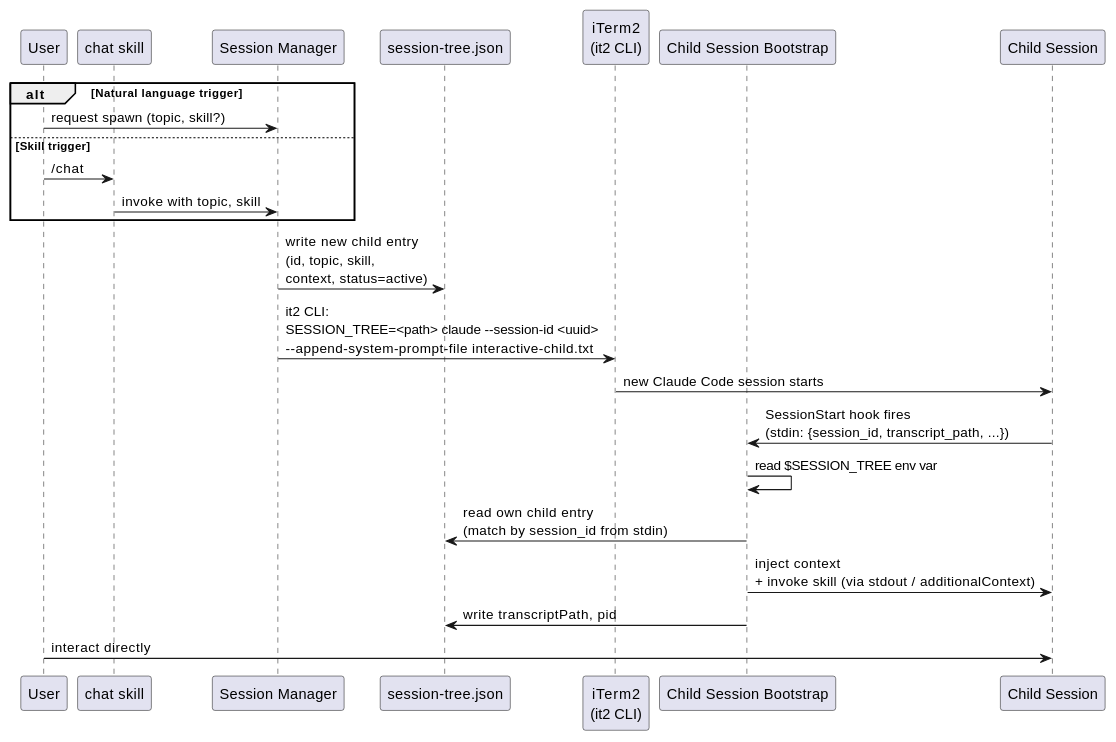
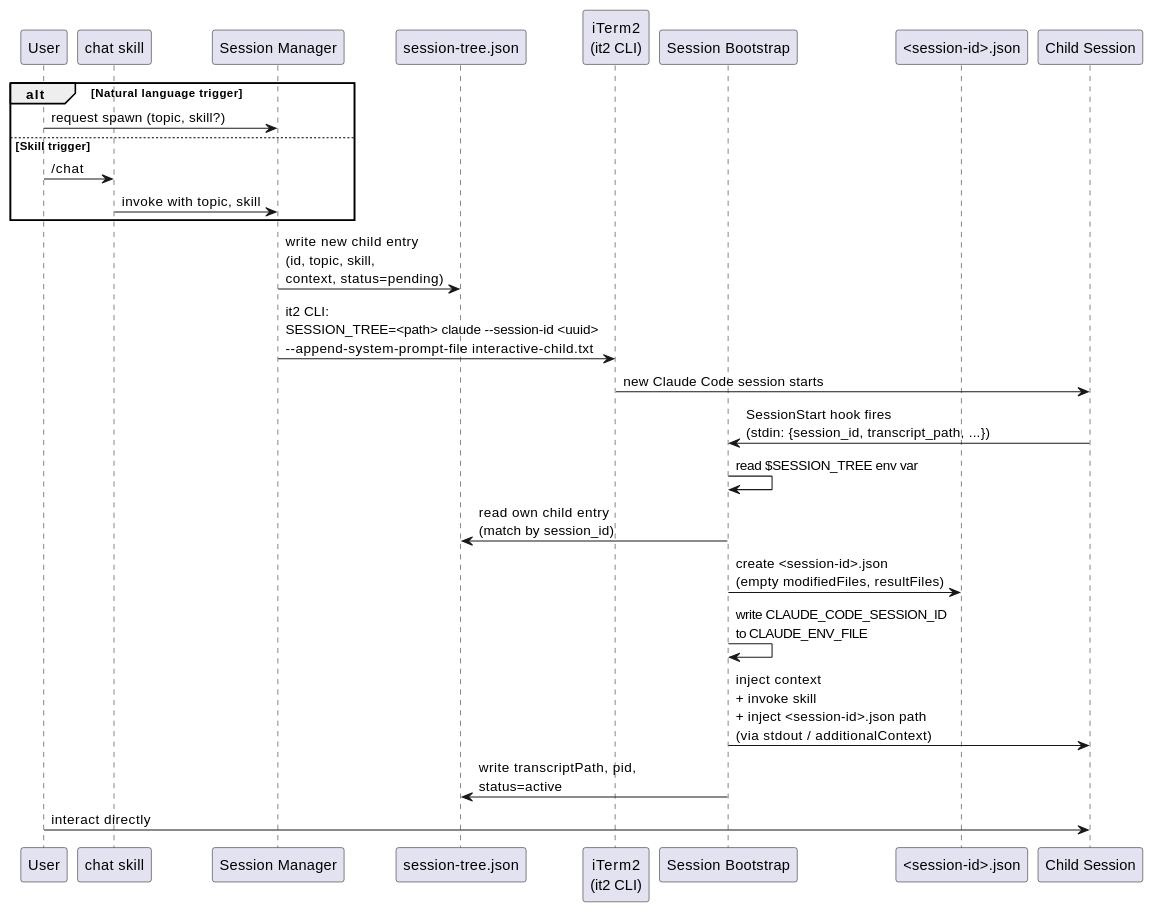
The third of 8 diagrams in A4/co-think/2026-03-29-2100-agent-orchestrator.architecture.md (studykit/studykit-marketplace), drawn with PlantUML before and after one commit. The commit also changed other lines of this file and 6 other files, not shown here.

````diff
--- a/A4/co-think/2026-03-29-2100-agent-orchestrator.architecture.md
+++ b/A4/co-think/2026-03-29-2100-agent-orchestrator.architecture.md
@@ -109,28 +114,31 @@
 ```plantuml
 @startuml
 participant "User" as U
 participant "chat skill" as SK
 participant "Session Manager" as SM
 participant "session-tree.json" as ST
 participant "iTerm2\n(it2 CLI)" as IT
-participant "Child Session Bootstrap" as CB
+participant "Session Bootstrap" as SB
+participant "<session-id>.json" as SCR
 participant "Child Session" as CS
 
 alt Natural language trigger
   U -> SM : request spawn (topic, skill?)
 else Skill trigger
   U -> SK : /chat
   SK -> SM : invoke with topic, skill
 end
 
-SM -> ST : write new child entry\n(id, topic, skill,\ncontext, status=active)
+SM -> ST : write new child entry\n(id, topic, skill,\ncontext, status=pending)
 SM -> IT : it2 CLI:\nSESSION_TREE=<path> claude --session-id <uuid>\n--append-system-prompt-file interactive-child.txt
 IT -> CS : new Claude Code session starts
-CS -> CB : SessionStart hook fires\n(stdin: {session_id, transcript_path, ...})
-CB -> CB : read $SESSION_TREE env var
-CB -> ST : read own child entry\n(match by session_id from stdin)
-CB -> CS : inject context\n+ invoke skill (via stdout / additionalContext)
-CB -> ST : write transcriptPath, pid
+CS -> SB : SessionStart hook fires\n(stdin: {session_id, transcript_path, ...})
+SB -> SB : read $SESSION_TREE env var
+SB -> ST : read own child entry\n(match by session_id)
+SB -> SCR : create <session-id>.json\n(empty modifiedFiles, resultFiles)
+SB -> SB : write CLAUDE_CODE_SESSION_ID\nto CLAUDE_ENV_FILE
+SB -> CS : inject context\n+ invoke skill\n+ inject <session-id>.json path\n(via stdout / additionalContext)
+SB -> ST : write transcriptPath, pid,\nstatus=active
 U -> CS : interact directly
 @enduml
 ```
````
